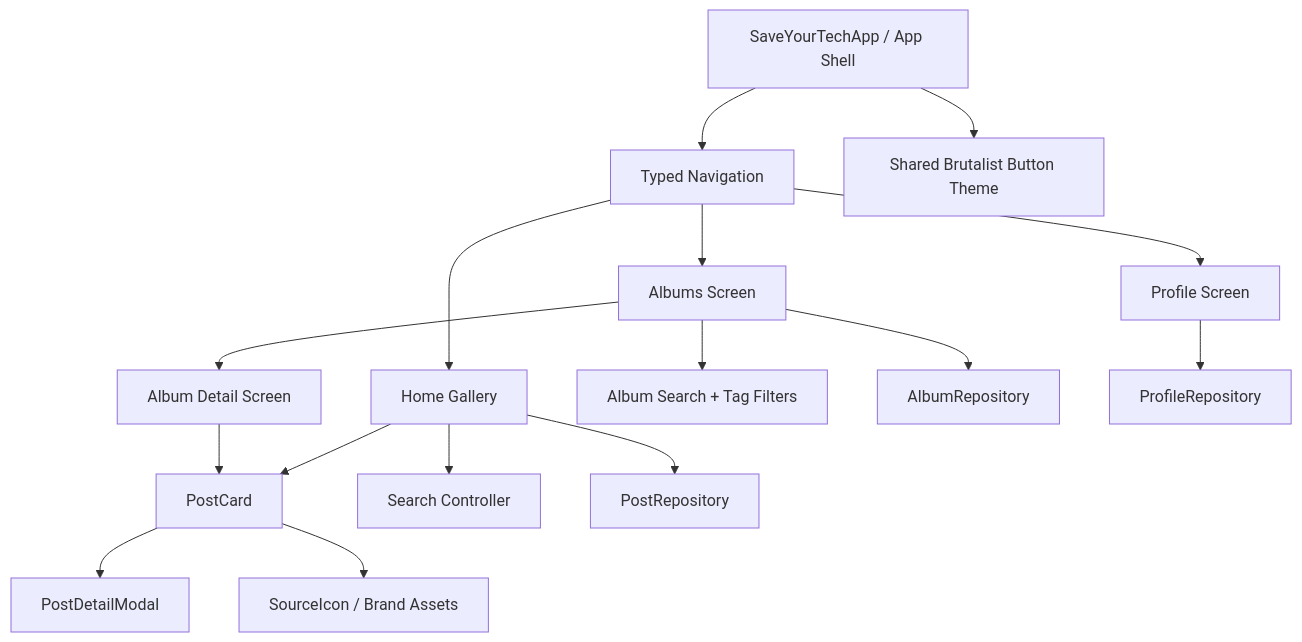
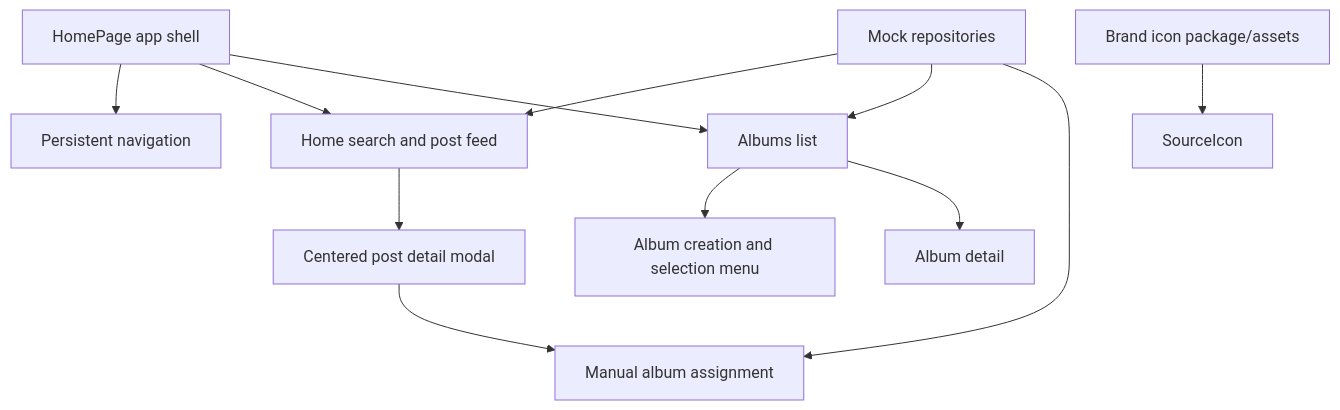
The diagram in .kiro/specs/archive-profile-ui/design.md (ChakornK/saveyour), drawn with Mermaid before and after one commit. The commit also changed other lines of this file and 3 other files, not shown here.

````diff
--- a/.kiro/specs/archive-profile-ui/design.md
+++ b/.kiro/specs/archive-profile-ui/design.md
@@ -13,18 +11,14 @@
 ```mermaid
 graph TD
-    A[SaveYourTechApp / App Shell] --> B[Typed Navigation]
-    B --> C[Home Gallery]
-    B --> D[Albums Screen]
-    D --> E[Album Detail Screen]
-    B --> F[Profile Screen]
-    C --> G[PostCard]
-    E --> G
-    G --> H[PostDetailModal]
-    C --> I[Search Controller]
-    D --> J[Album Search + Tag Filters]
-    C --> K[PostRepository]
-    D --> L[AlbumRepository]
-    F --> M[ProfileRepository]
-    G --> N[SourceIcon / Brand Assets]
-    A --> O[Shared Brutalist Button Theme]
+    Shell[HomePage app shell] --> Nav[Persistent navigation]
+    Shell --> Home[Home search and post feed]
+    Shell --> Albums[Albums list]
+    Albums --> AlbumMenu[Album creation and selection menu]
+    Albums --> Detail[Album detail]
+    Home --> PostModal[Centered post detail modal]
+    PostModal --> AlbumAssignment[Manual album assignment]
+    Brand[Brand icon package/assets] --> SourceIcon[SourceIcon]
+    Repositories[Mock repositories] --> Home
+    Repositories --> Albums
+    Repositories --> AlbumAssignment
 ```
````
